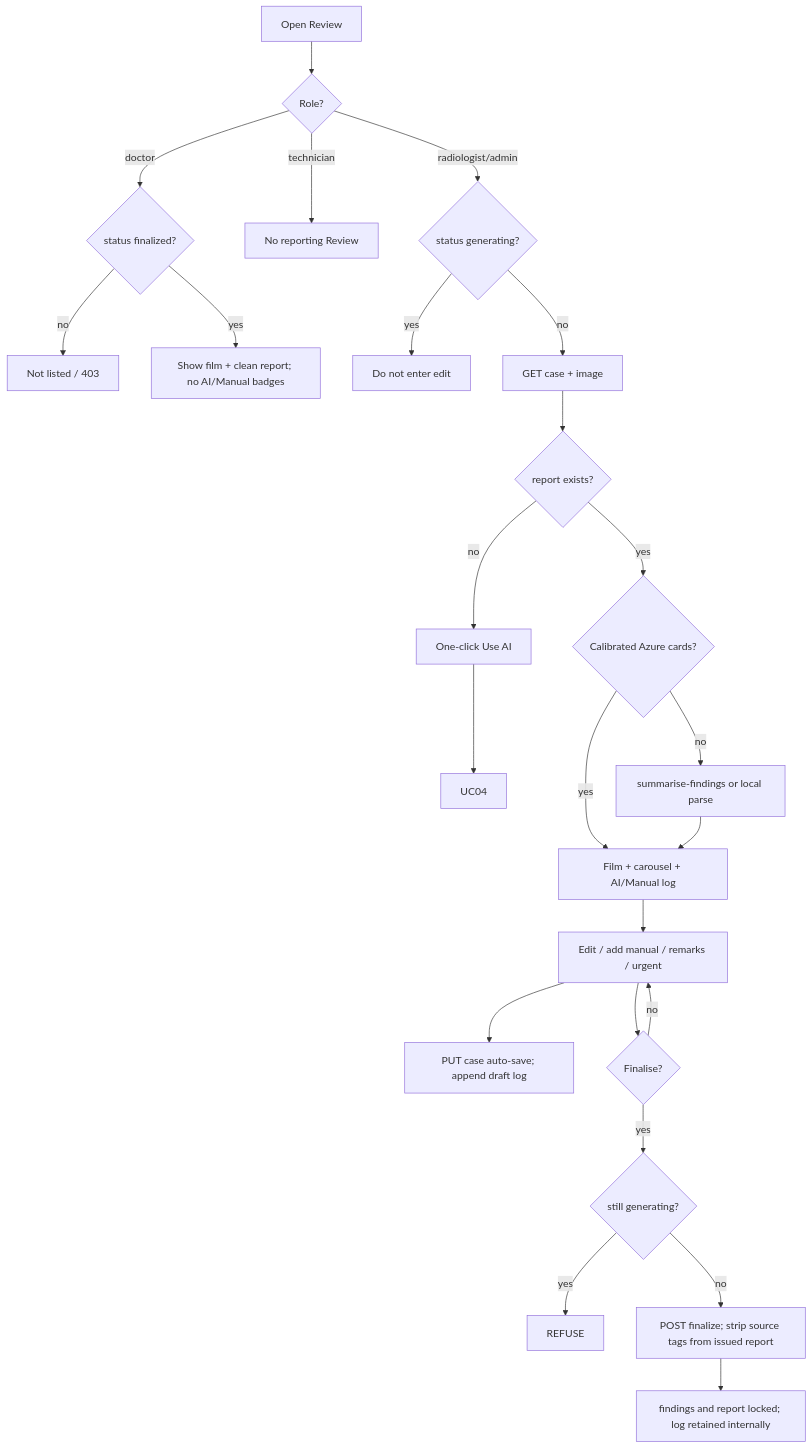
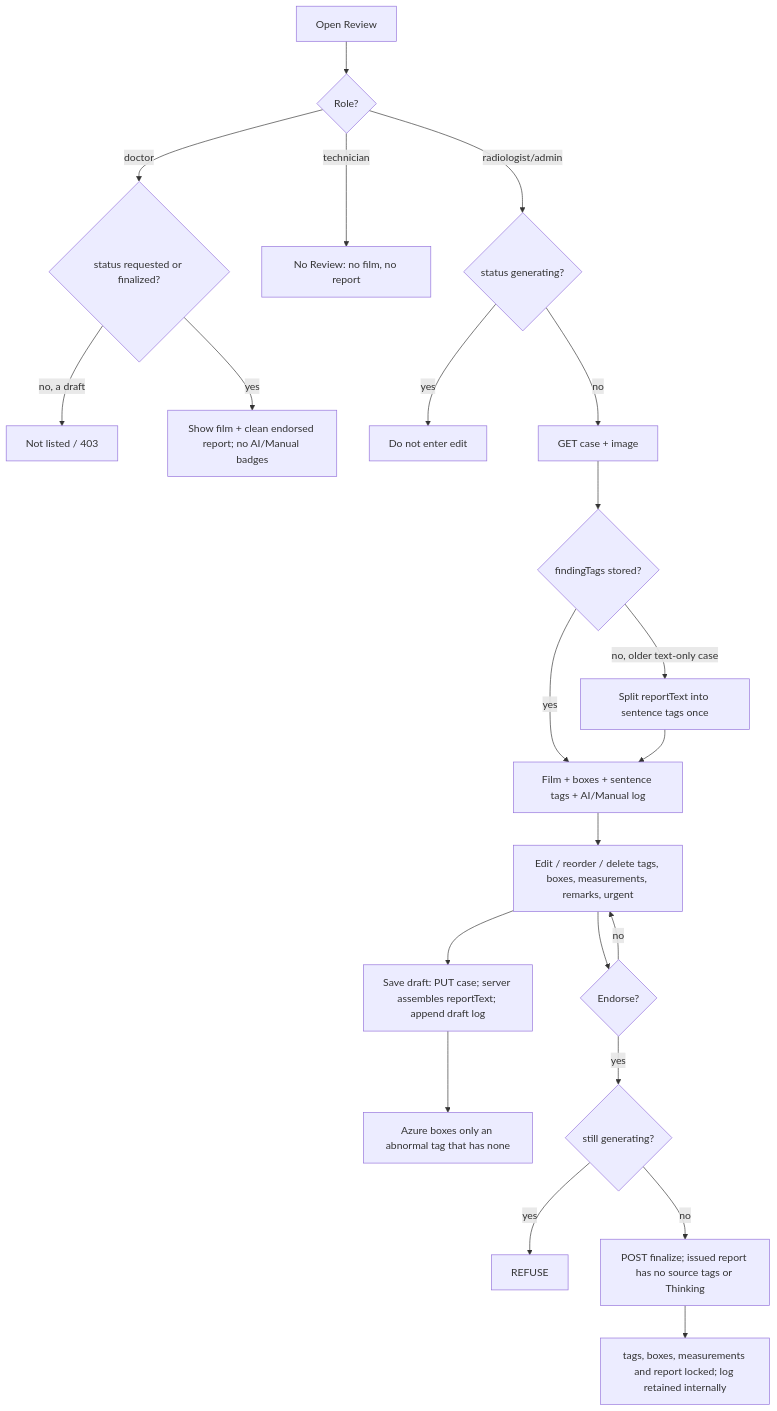
Before and after one commit to 23226609/Radassist: the fourth of 7 diagrams in docs/fyp-project-plan-and-initial-analysis.md, drawn with Mermaid. The commit also changed other lines of this file and 32 other files, not shown here.

````diff
--- a/docs/fyp-project-plan-and-initial-analysis.md
+++ b/docs/fyp-project-plan-and-initial-analysis.md
@@ -606,26 +616,24 @@
 ```mermaid
 flowchart TD
   O[Open Review] --> ROLE{Role?}
-  ROLE -->|doctor| FINONLY{status finalized?}
-  FINONLY -->|no| HIDE[Not listed / 403]
-  FINONLY -->|yes| CLEAN[Show film + clean report; no AI/Manual badges]
-  ROLE -->|technician| TECH[No reporting Review]
+  ROLE -->|doctor| FINONLY{status requested or finalized?}
+  FINONLY -->|no, a draft| HIDE[Not listed / 403]
+  FINONLY -->|yes| CLEAN[Show film + clean endorsed report; no AI/Manual badges]
+  ROLE -->|technician| TECH[No Review: no film, no report]
   ROLE -->|radiologist/admin| G{status generating?}
   G -->|yes| BLOCK[Do not enter edit]
   G -->|no| LOAD[GET case + image]
-  LOAD --> NEEDAI{report exists?}
-  NEEDAI -->|no| CLICK[One-click Use AI]
-  CLICK --> UC04[UC04]
-  NEEDAI -->|yes| CARDS{Calibrated Azure cards?}
-  CARDS -->|no| SUM[summarise-findings or local parse]
-  CARDS -->|yes| SHOW[Film + carousel + AI/Manual log]
-  SUM --> SHOW
-  SHOW --> ED[Edit / add manual / remarks / urgent]
-  ED --> SV[PUT case auto-save; append draft log]
-  ED --> FIN{Finalise?}
+  LOAD --> TAGS{findingTags stored?}
+  TAGS -->|no, older text-only case| SPLIT[Split reportText into sentence tags once]
+  TAGS -->|yes| SHOW[Film + boxes + sentence tags + AI/Manual log]
+  SPLIT --> SHOW
+  SHOW --> ED[Edit / reorder / delete tags, boxes, measurements, remarks, urgent]
+  ED --> SV[Save draft: PUT case; server assembles reportText; append draft log]
+  SV --> AZB[Azure boxes only an abnormal tag that has none]
+  ED --> FIN{Endorse?}
   FIN -->|no| ED
   FIN -->|yes| LOCK{still generating?}
   LOCK -->|yes| REFUSE
-  LOCK -->|no| FOK[POST finalize; strip source tags from issued report]
-  FOK --> DONE[findings and report locked; log retained internally]
+  LOCK -->|no| FOK[POST finalize; issued report has no source tags or Thinking]
+  FOK --> DONE[tags, boxes, measurements and report locked; log retained internally]
 ```
````
